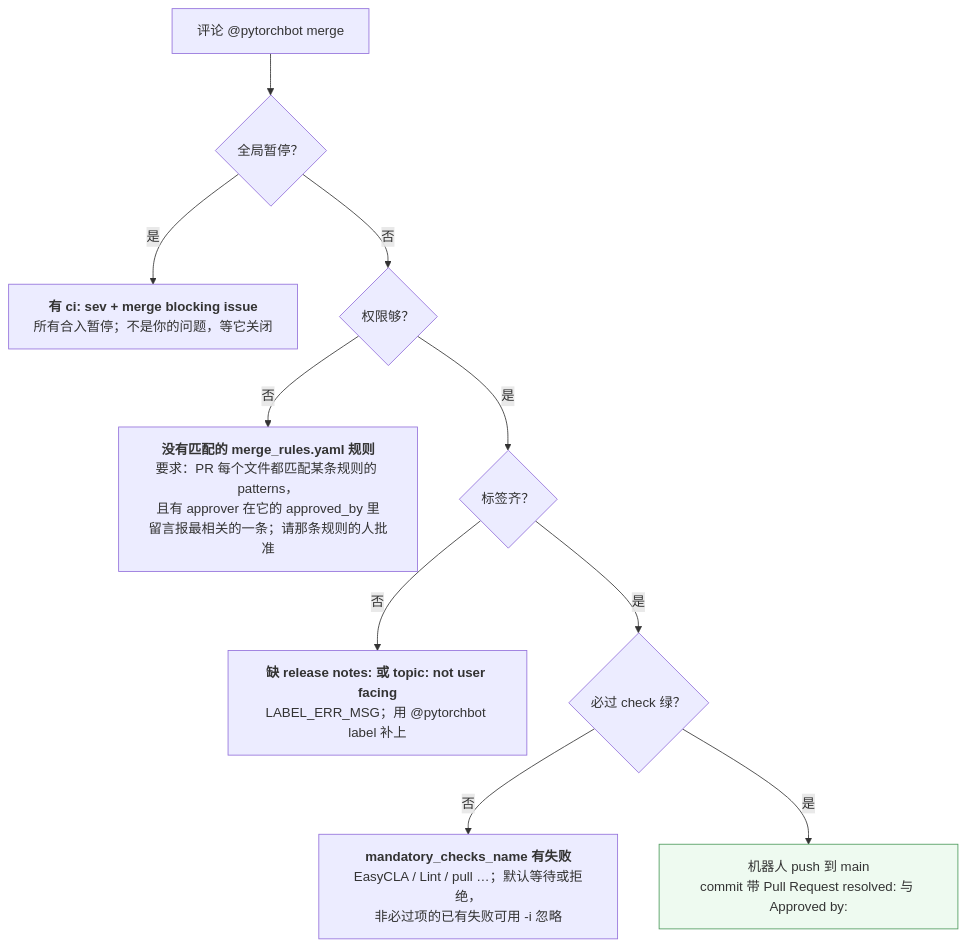
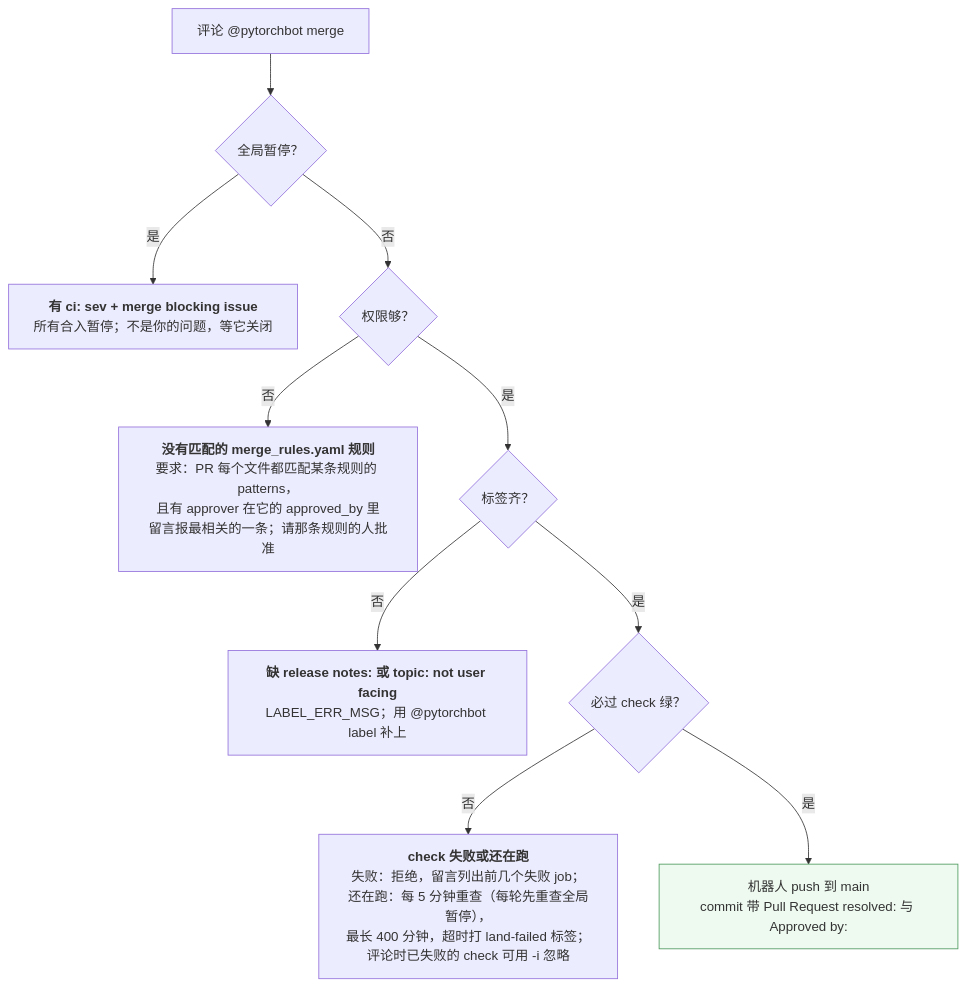
The fifth of 5 diagrams in _posts/2026-09-26-landing-a-mergeable-change.md (arganzheng/arganzheng.github.com), drawn with Mermaid before and after one commit. The commit also changed other lines of this file, not shown here.

````diff
--- a/_posts/2026-09-26-landing-a-mergeable-change.md
+++ b/_posts/2026-09-26-landing-a-mergeable-change.md
@@ -888,15 +902,15 @@
 ```mermaid
 %%{init: {"flowchart": {"wrappingWidth": 300}}}%%
 %% 图：@pytorchbot merge 的四类检查与各自卡住时的处理
 flowchart TB
     M["评论 @pytorchbot merge"] --> G{"全局暂停？"}
     G -->|"是"| GW["<b>有 ci: sev + merge blocking issue</b><br/>所有合入暂停；不是你的问题，等它关闭"]
     G -->|"否"| R{"权限够？"}
     R -->|"否"| RW["<b>没有匹配的 merge_rules.yaml 规则</b><br/>要求：PR 每个文件都匹配某条规则的 patterns，<br/>且有 approver 在它的 approved_by 里<br/>留言报最相关的一条；请那条规则的人批准"]
     R -->|"是"| L{"标签齐？"}
     L -->|"否"| LW["<b>缺 release notes: 或 topic: not user facing</b><br/>LABEL_ERR_MSG；用 @pytorchbot label 补上"]
     L -->|"是"| K{"必过 check 绿？"}
-    K -->|"否"| KW["<b>mandatory_checks_name 有失败</b><br/>EasyCLA / Lint / pull …；默认等待或拒绝，<br/>非必过项的已有失败可用 -i 忽略"]
+    K -->|"否"| KW["<b>check 失败或还在跑</b><br/>失败：拒绝，留言列出前几个失败 job；<br/>还在跑：每 5 分钟重查（每轮先重查全局暂停），<br/>最长 400 分钟，超时打 land-failed 标签；<br/>评论时已失败的 check 可用 -i 忽略"]
     K -->|"是"| OK["机器人 push 到 main<br/>commit 带 Pull Request resolved: 与 Approved by:"]
     style OK fill:#eefaf0,stroke:#4d9a5c
 ```
````
